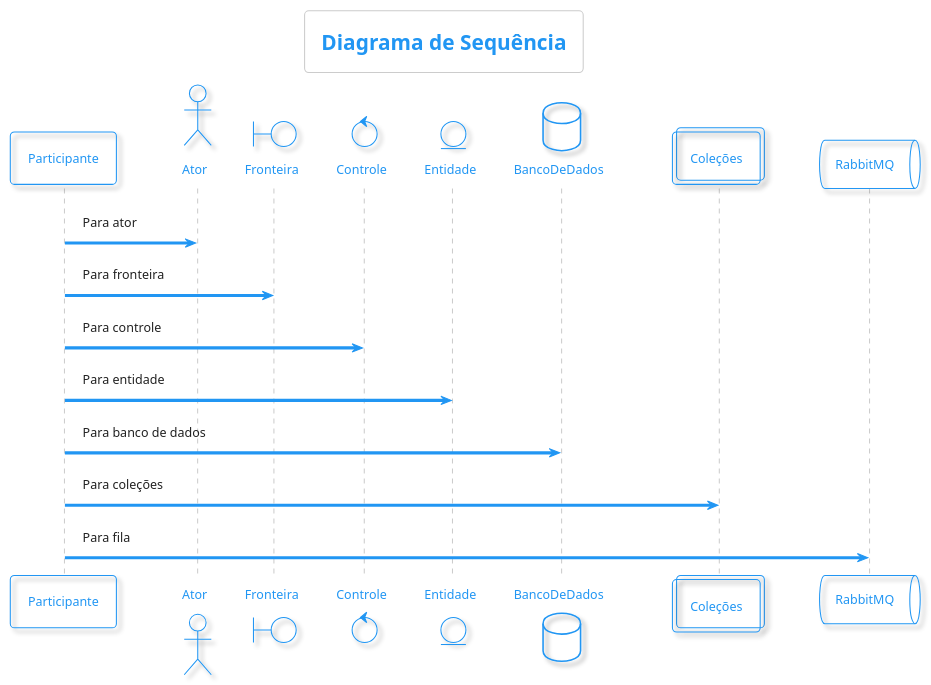
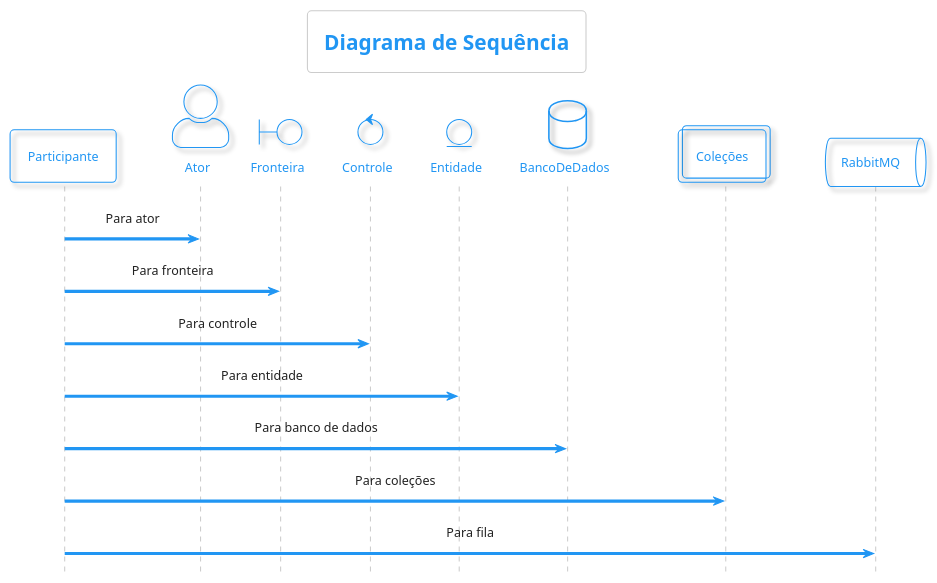
The diagram in CUseCases/Sequence.puml (samoryfiotec/C4), drawn with PlantUML before and after one commit. The commit also changed 10 other files, not shown here.

First line of the commit message:
feat: Add email sending use case and related diagrams

```diff
--- a/CUseCases/Sequence.puml
+++ b/CUseCases/Sequence.puml
@@ -1,19 +1,20 @@
 @startuml DiagramaSequencia
+!include https://raw.githubusercontent.com/plantuml-stdlib/C4-PlantUML/master/C4_Sequence.puml
 !theme materia-outline
 title Diagrama de Sequência
 participant Participante as Foo
 actor       Ator       as Foo1
 boundary    Fronteira    as Foo2
 control     Controle     as Foo3
 entity      Entidade      as Foo4
 database    BancoDeDados    as Foo5
 collections Coleções as Foo6
 queue       RabbitMQ       as Foo7
 Foo -> Foo1 : Para ator 
 Foo -> Foo2 : Para fronteira
 Foo -> Foo3 : Para controle
 Foo -> Foo4 : Para entidade
 Foo -> Foo5 : Para banco de dados
 Foo -> Foo6 : Para coleções
 Foo -> Foo7: Para fila
 @enduml
```
